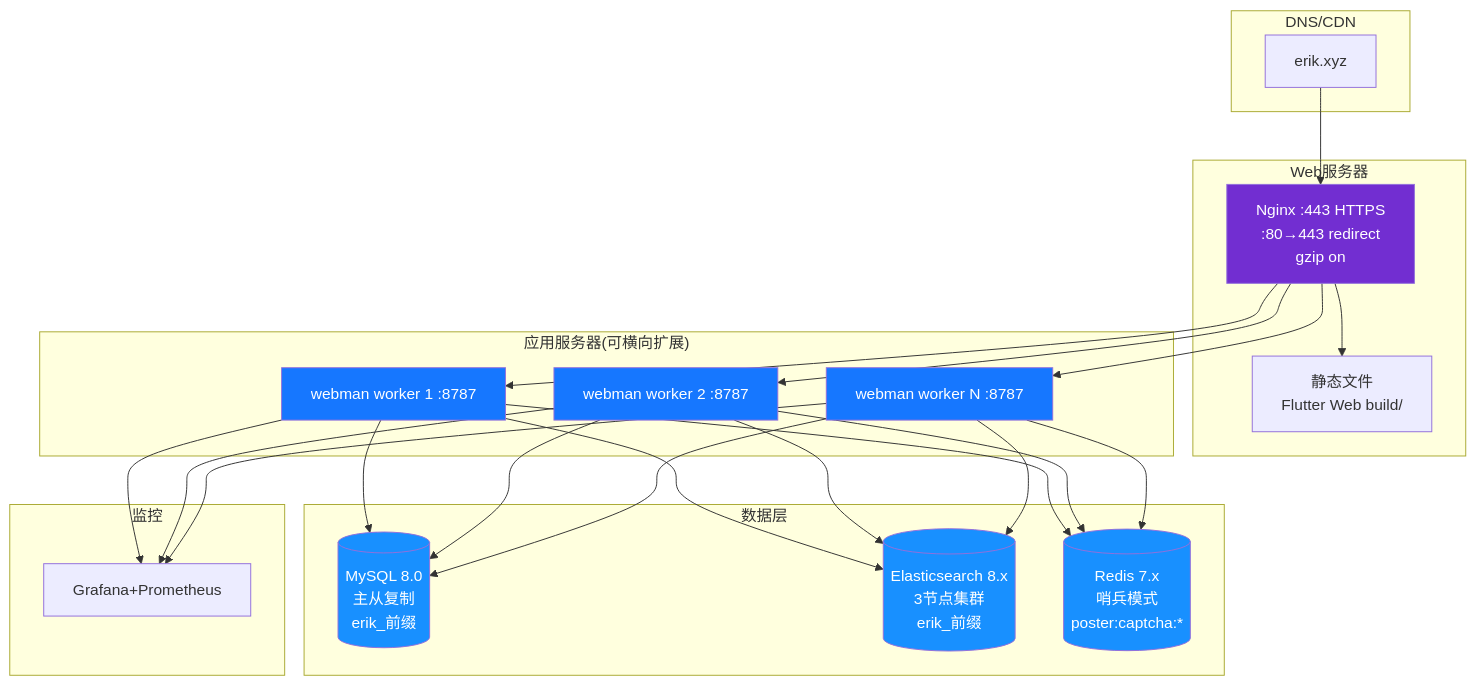
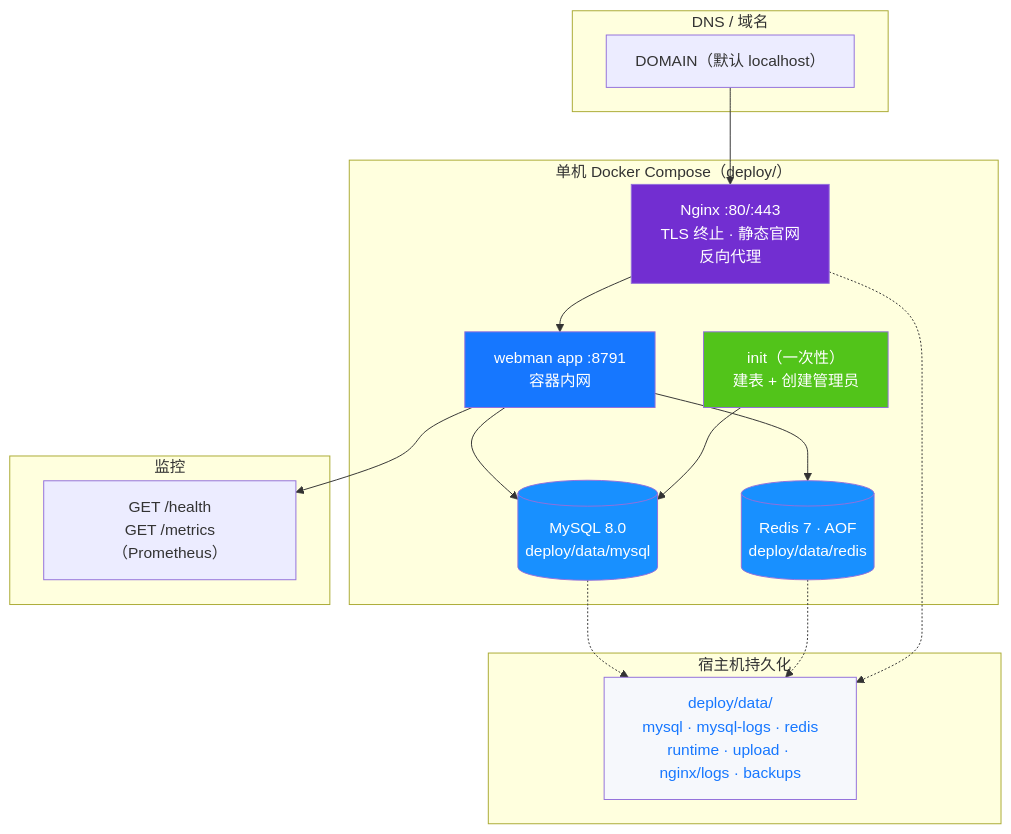
The diagram in docs/diagrams/12-deployment.md (erikwang2013/open-admin), drawn with Mermaid before and after one commit. The commit also changed 465 other files, not shown here.

````diff
--- a/docs/diagrams/12-deployment.md
+++ b/docs/diagrams/12-deployment.md
@@ -3,45 +3,39 @@
 ```mermaid
 flowchart TB
-    subgraph dns["DNS/CDN"]
-        domain["erik.xyz"]
+    subgraph dns["DNS / 域名"]
+        domain["DOMAIN（默认 localhost）"]
     end
 
-    subgraph web["Web服务器"]
-        nginx["Nginx :443 HTTPS<br/>:80→443 redirect<br/>gzip on"]
-        static["静态文件<br/>Flutter Web build/"]
+    subgraph host["单机 Docker Compose（deploy/）"]
+        nginx["Nginx :80/:443<br/>TLS 终止 · 静态官网<br/>反向代理"]
+        bootstrap["init（一次性）<br/>建表 + 创建管理员"]
+        wm["webman app :8791<br/>容器内网"]
+        mysql[("MySQL 8.0<br/>deploy/data/mysql")]
+        redis[("Redis 7 · AOF<br/>deploy/data/redis")]
     end
 
-    subgraph app["应用服务器(可横向扩展)"]
-        wm1["webman worker 1 :8787"]
-        wm2["webman worker 2 :8787"]
-        wm3["webman worker N :8787"]
-    end
-
-    subgraph data["数据层"]
-        mysql[("MySQL 8.0<br/>主从复制<br/>erik_前缀")]
-        es[("Elasticsearch 8.x<br/>3节点集群<br/>erik_前缀")]
-        redis[("Redis 7.x<br/>哨兵模式<br/>poster:captcha:*")]
+    subgraph persist["宿主机持久化"]
+        data["deploy/data/<br/>mysql · mysql-logs · redis<br/>runtime · upload · nginx/logs · backups"]
     end
 
     subgraph monitor["监控"]
-        grafana["Grafana+Prometheus"]
+        health["GET /health<br/>GET /metrics（Prometheus）"]
     end
 
     domain --> nginx
-    nginx --> static
-    nginx --> wm1
-    nginx --> wm2
-    nginx --> wm3
-    wm1 & wm2 & wm3 --> mysql
-    wm1 & wm2 & wm3 --> es
-    wm1 & wm2 & wm3 --> redis
-    wm1 & wm2 & wm3 --> grafana
+    nginx --> wm
+    wm --> mysql
+    wm --> redis
+    bootstrap --> mysql
+    mysql -.-> data
+    redis -.-> data
+    nginx -.-> data
+    wm --> health
 
     style nginx fill:#722ED1,color:#fff
-    style wm1 fill:#1677FF,color:#fff
-    style wm2 fill:#1677FF,color:#fff
-    style wm3 fill:#1677FF,color:#fff
+    style bootstrap fill:#52C41A,color:#fff
+    style wm fill:#1677FF,color:#fff
     style mysql fill:#1890FF,color:#fff
-    style es fill:#1890FF,color:#fff
     style redis fill:#1890FF,color:#fff
+    style data fill:#F6F8FC,color:#1677FF
 ```
````
